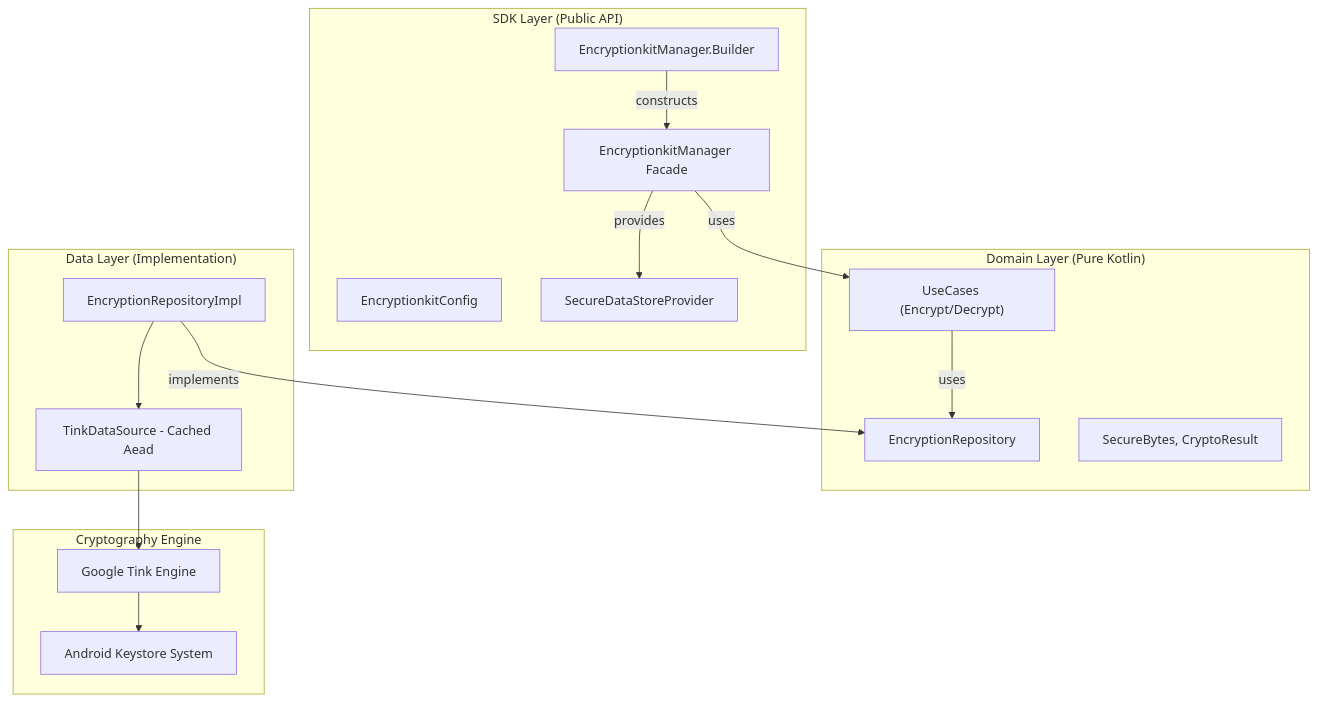
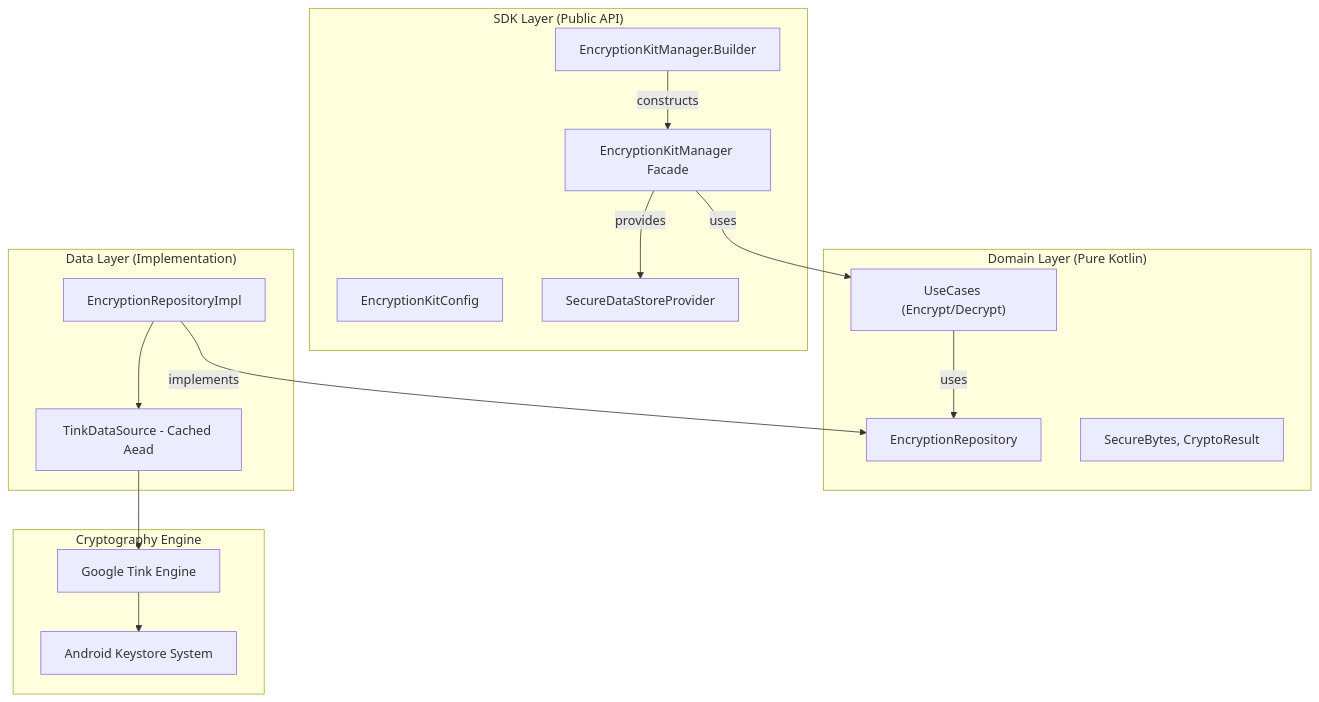
The diagram in README.md (joshluq/encryptionkit-android), drawn with Mermaid before and after one commit. The commit also changed other lines of this file and 15 other files, not shown here.

Commit message:
Rename `Encryptionkit` to `EncryptionKit` across the project and introduce logging extension functions in `EncryptionKitDefaults`

````diff
--- a/README.md
+++ b/README.md
@@ -22,34 +22,34 @@
 ```mermaid
 graph TD
     subgraph "SDK Layer (Public API)"
-        Config[EncryptionkitConfig]
-        Builder[EncryptionkitManager.Builder]
-        Facade[EncryptionkitManager Facade]
+        Config[EncryptionKitConfig]
+        Builder[EncryptionKitManager.Builder]
+        Facade[EncryptionKitManager Facade]
         SecStore[SecureDataStoreProvider]
     end
 
     subgraph "Domain Layer (Pure Kotlin)"
         UC["UseCases (Encrypt/Decrypt)"]
         RepoInterface[EncryptionRepository]
         Models["SecureBytes, CryptoResult"]
     end
 
     subgraph "Data Layer (Implementation)"
         RepoImpl[EncryptionRepositoryImpl]
         TinkDS[TinkDataSource - Cached Aead]
     end
 
     subgraph "Cryptography Engine"
         Tink[Google Tink Engine]
         KS[Android Keystore System]
     end
 
     Builder -- constructs --> Facade
     Facade -- provides --> SecStore
     Facade -- uses --> UC
     UC -- uses --> RepoInterface
     RepoImpl -- implements --> RepoInterface
     RepoImpl --> TinkDS
     TinkDS --> Tink
     Tink --> KS
 ```
````
